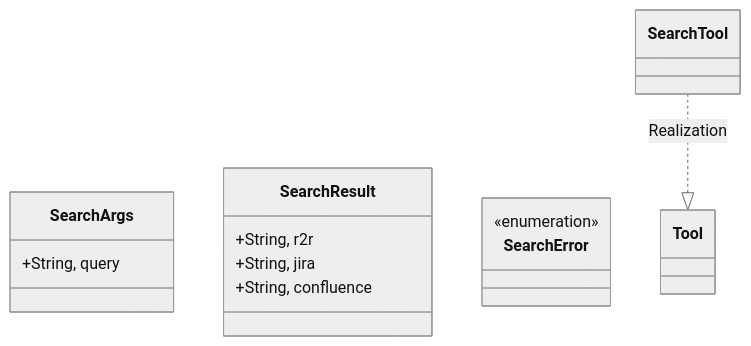
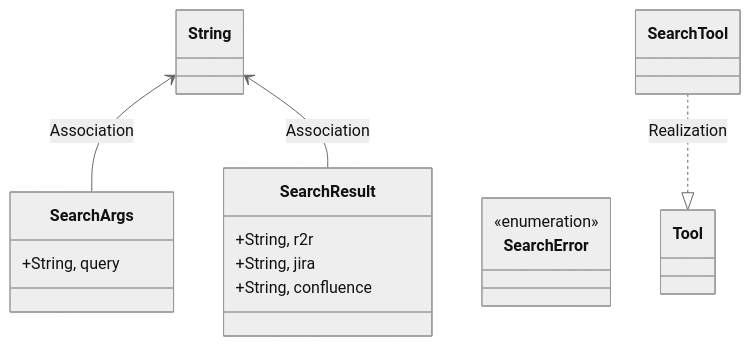
The first of 2 diagrams in openwiki/src/infrastructure/tools/search.md (lgcorzo/fastapi-autogen-team), drawn with Mermaid (neutral theme) before and after one commit. The commit also changed other lines of this file and 22 other files, not shown here.

````diff
--- a/openwiki/src/infrastructure/tools/search.md
+++ b/openwiki/src/infrastructure/tools/search.md
@@ -29,16 +29,18 @@
 ```mermaid
 classDiagram
     direction BT
     class SearchArgs {
         +String, query
     }
     class SearchResult {
         +String, r2r
         +String, jira
         +String, confluence
     }
     class SearchError {
         <<enumeration>>
     }
+    SearchArgs --> String : Association
+    SearchResult --> String : Association
     Tool <|.. SearchTool : Realization
 ```
````
